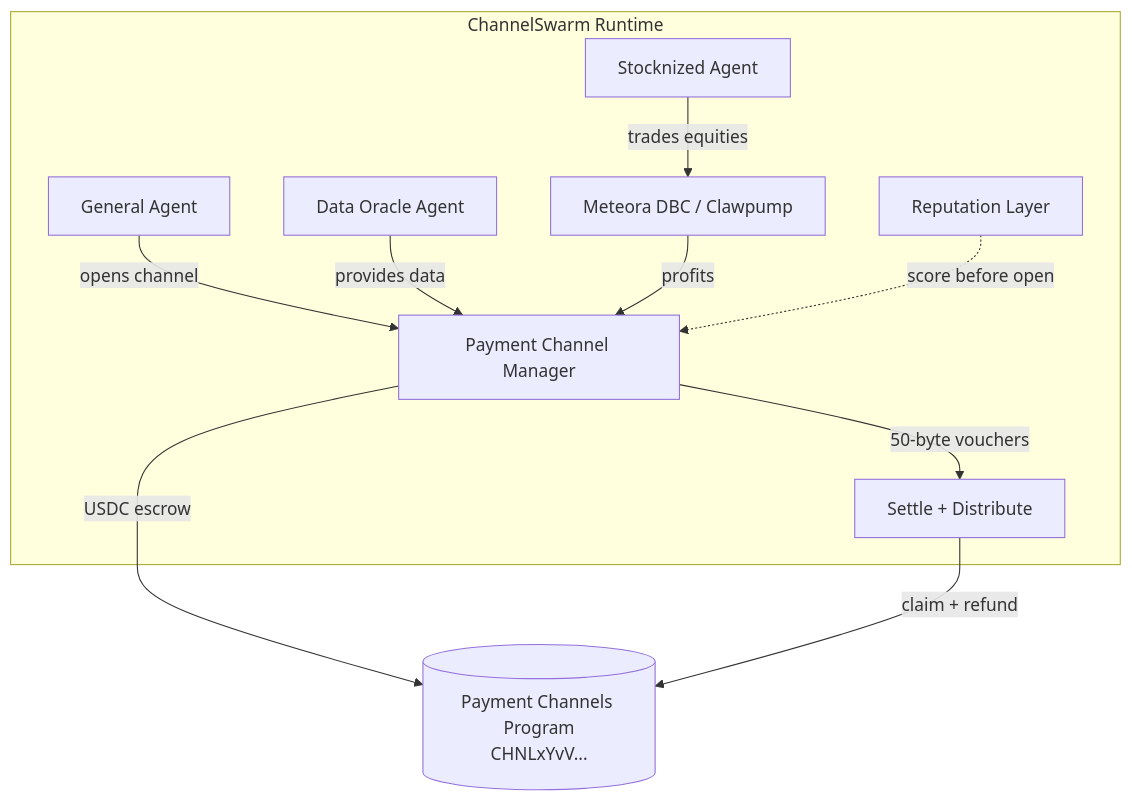
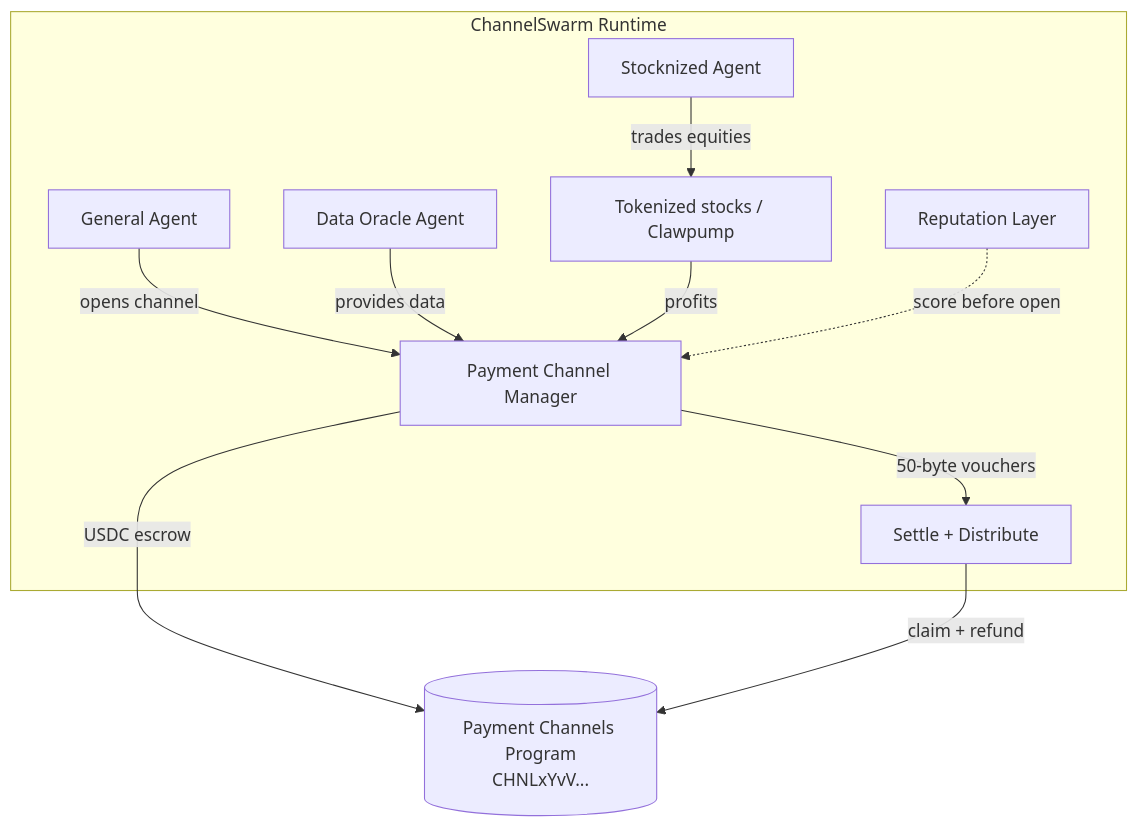
The diagram in README.md (wadezigh96/Channel_Swarm), drawn with Mermaid before and after one commit. The commit also changed other lines of this file and 1 other file, not shown here.

````diff
--- a/README.md
+++ b/README.md
@@ -62,14 +57,14 @@
 ```mermaid
 flowchart TB
     subgraph Swarm["ChannelSwarm Runtime"]
         A[General Agent] -->|opens channel| CH[Payment Channel Manager]
         B[Data Oracle Agent] -->|provides data| CH
-        C[Stocknized Agent] -->|trades equities| M[Meteora DBC / Clawpump]
+        C[Stocknized Agent] -->|trades equities| M[Tokenized stocks / Clawpump]
         CH -->|50-byte vouchers| S[Settle + Distribute]
         M -->|profits| CH
         R[Reputation Layer] -.->|score before open| CH
     end
 
     CH -->|USDC escrow| PC[("Payment Channels Program<br/>CHNLxYvV...")]
     S -->|claim + refund| PC
 ```
````
